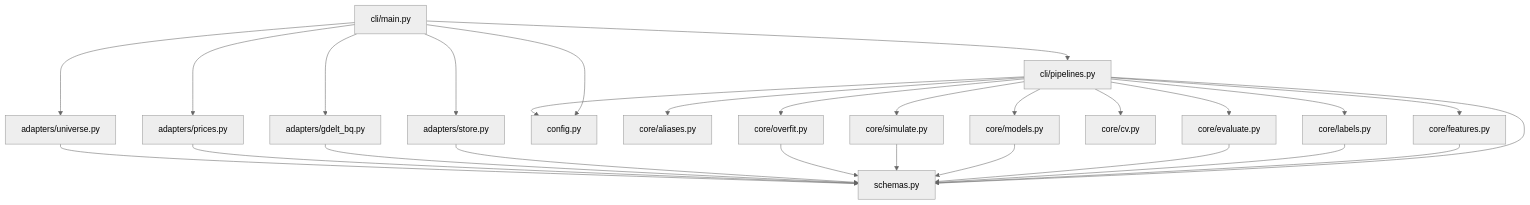
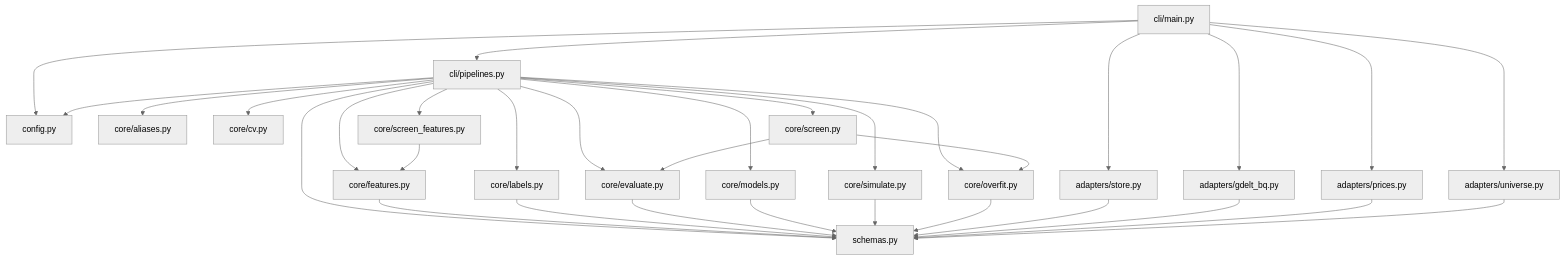
The first of 2 diagrams in docs/components/cli.md (Boyao0305/eventtrade-gdelt), drawn with Mermaid (neutral theme) before and after one commit. The commit also changed other lines of this file and 17 other files, not shown here.

````diff
--- a/docs/components/cli.md
+++ b/docs/components/cli.md
@@ -3,29 +3,34 @@
 ```mermaid
 flowchart TD
     main[cli/main.py] --> pipelines[cli/pipelines.py]
     main --> store[adapters/store.py]
     main --> gdelt_bq[adapters/gdelt_bq.py]
     main --> prices[adapters/prices.py]
     main --> universe[adapters/universe.py]
     main --> config[config.py]
     pipelines --> config
     pipelines --> aliases[core/aliases.py]
     pipelines --> features[core/features.py]
     pipelines --> labels[core/labels.py]
     pipelines --> evaluate[core/evaluate.py]
     pipelines --> cv[core/cv.py]
     pipelines --> models[core/models.py]
     pipelines --> simulate[core/simulate.py]
     pipelines --> overfit[core/overfit.py]
+    pipelines --> screen_features[core/screen_features.py]
+    pipelines --> screen[core/screen.py]
     pipelines --> schemas[schemas.py]
+    screen_features --> features
+    screen --> evaluate
+    screen --> overfit
     features --> schemas
     labels --> schemas
     evaluate --> schemas
     models --> schemas
     simulate --> schemas
     overfit --> schemas
     store --> schemas
     gdelt_bq --> schemas
     prices --> schemas
     universe --> schemas
 ```
````
